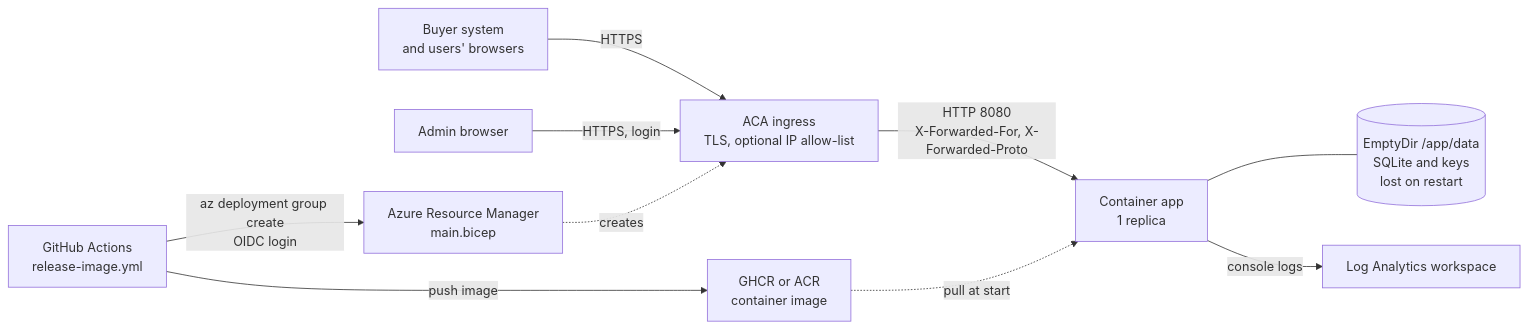
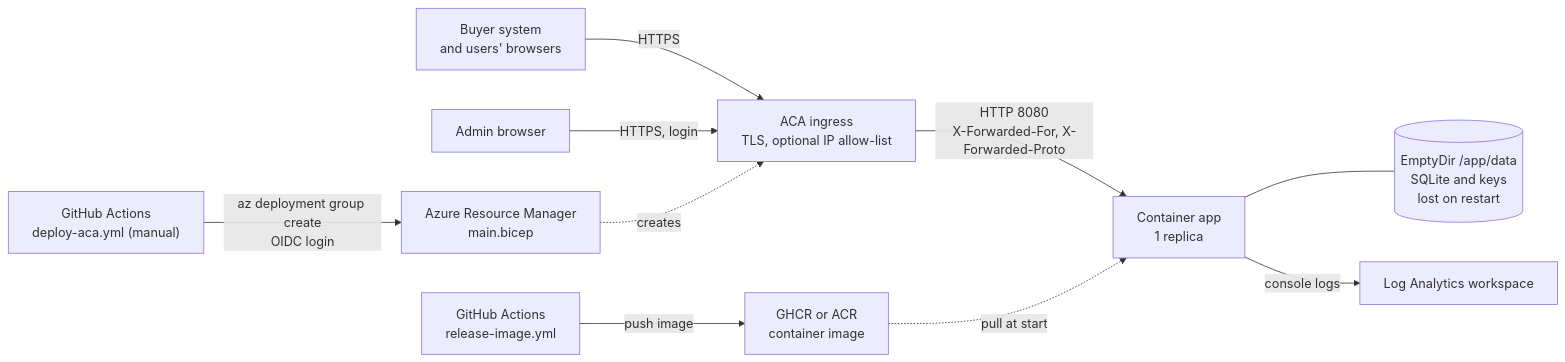
Before and after one commit to mthpbs/cxml-dev-server: the first of 2 diagrams in docs/deployment/README.md, drawn with Mermaid. The commit also changed other lines of this file and 4 other files, not shown here.

First line of the commit message:
Skip latest on pre-release tags; use unprefixed semver image tags in docs

````diff
--- a/docs/deployment/README.md
+++ b/docs/deployment/README.md
@@ -49,12 +49,12 @@
 ```mermaid
 flowchart LR
     buyer["Buyer system<br/>and users' browsers"] -->|HTTPS| ingress["ACA ingress<br/>TLS, optional IP allow-list"]
     admin["Admin browser"] -->|HTTPS, login| ingress
     ingress -->|"HTTP 8080<br/>X-Forwarded-For, X-Forwarded-Proto"| app["Container app<br/>1 replica"]
     app --- data[("EmptyDir /app/data<br/>SQLite and keys<br/>lost on restart")]
     app -->|console logs| logs["Log Analytics workspace"]
     ghcr["GHCR or ACR<br/>container image"] -.->|pull at start| app
-    gha["GitHub Actions<br/>release-image.yml"] -->|"push image"| ghcr
-    gha -->|"az deployment group create<br/>OIDC login"| arm["Azure Resource Manager<br/>main.bicep"]
+    rel["GitHub Actions<br/>release-image.yml"] -->|"push image"| ghcr
+    gha["GitHub Actions<br/>deploy-aca.yml (manual)"] -->|"az deployment group create<br/>OIDC login"| arm["Azure Resource Manager<br/>main.bicep"]
     arm -.->|creates| ingress
 ```
````
